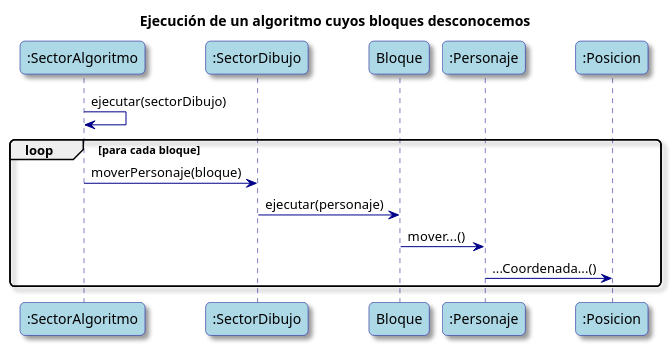
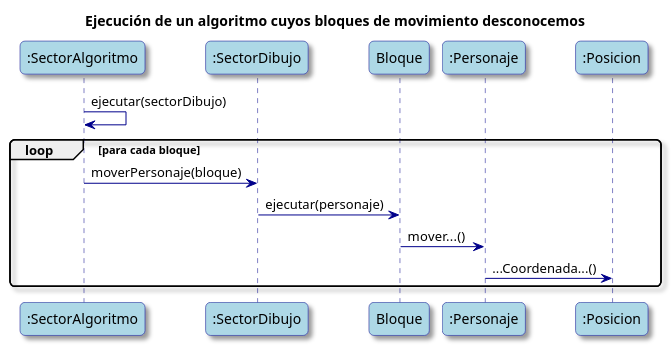
One commit to valva-ro/Algo3-TP2-AlgoBlocks changed the third of 4 diagrams in diagramas-uml.puml. Above: the diagram before and after it, drawn with PlantUML. The commit also changed other lines of this file, not shown here.

```diff
--- a/diagramas-uml.puml
+++ b/diagramas-uml.puml
@@ -169,37 +159,37 @@
 @startuml
 'Diagrama de secuencia para el caso de ejecución de un algoritmo con un solo bloque de mover a la derecha
 skinparam classAttributeIconSize 0
 skinparam backgroundColor White
 skinparam RoundCorner 10
 skinparam Shadowing true
 skinparam ArrowColor DarkBlue
 skinparam SequenceLifeLineBorderColor DarkBlue
 skinparam SequenceLoopBackgroundColor DarkBlue
 
 skinparam actor {
     BackgroundColor LightBlue
     BorderColor DarkBlue
 }
 
 skinparam participant {
     Bound DarkBlue
     BackgroundColor LightBlue
     BorderColor DarkBlue
 }
 
-title Ejecución de un algoritmo cuyos bloques desconocemos
+title Ejecución de un algoritmo cuyos bloques de movimiento desconocemos
 
 participant ":SectorAlgoritmo" as SectorAlgoritmo
 participant ":SectorDibujo" as SectorDibujo
 participant "Bloque" as Bloque
 participant ":Personaje" as Personaje
 participant ":Posicion" as Posicion
 
 SectorAlgoritmo -> SectorAlgoritmo : ejecutar(sectorDibujo)
 loop para cada bloque
     SectorAlgoritmo -> SectorDibujo : moverPersonaje(bloque)
     SectorDibujo -> Bloque : ejecutar(personaje)
     Bloque -> Personaje : mover...()
     Personaje -> Posicion : ...Coordenada...()
 end
 @enduml
```
